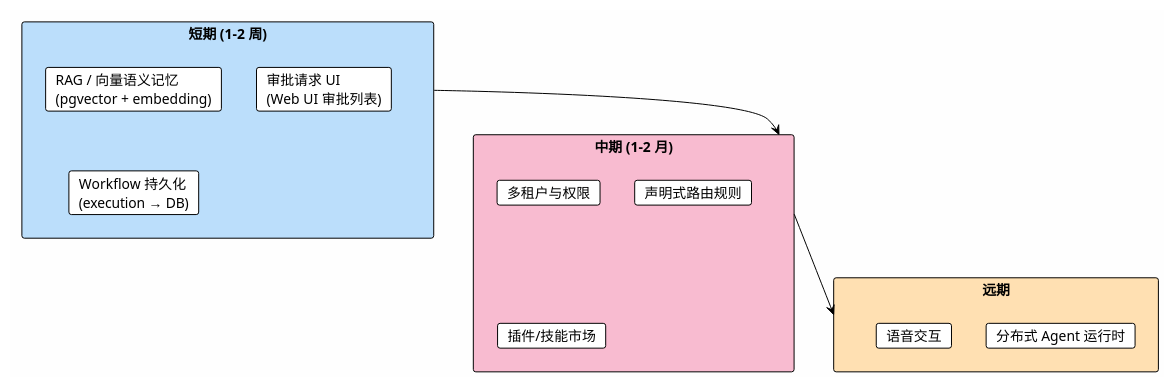
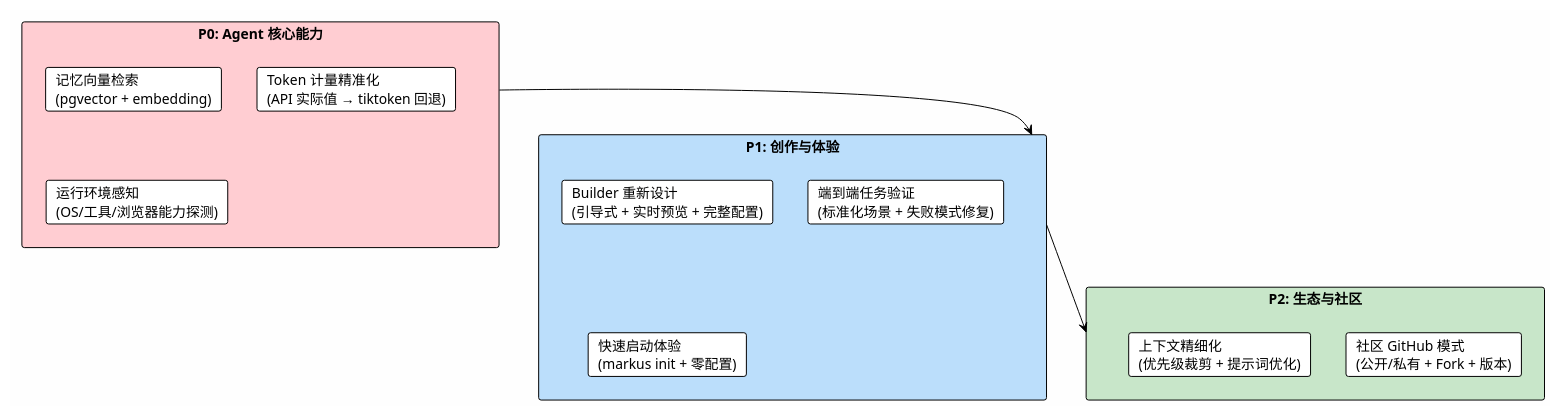
One commit to markus-global/markus changed diagram 18 of 19 in docs/architecture-analysis.md. Above: the diagram before and after it, drawn with PlantUML. The commit also changed other lines of this file and 14 other files, not shown here.

````diff
--- a/docs/architecture-analysis.md
+++ b/docs/architecture-analysis.md
@@ -1351,27 +1383,27 @@
 ```plantuml
-@startuml future-roadmap
+@startuml revised-roadmap
 !theme plain
 skinparam backgroundColor #FEFEFE
 
-rectangle "短期 (1-2 周)" as Short #BBDEFB {
-  card "RAG / 向量语义记忆\n(pgvector + embedding)" as S1
-  card "审批请求 UI\n(Web UI 审批列表)" as S2
-  card "Workflow 持久化\n(execution → DB)" as S3
+rectangle "P0: Agent 核心能力" as P0 #FFCDD2 {
+  card "记忆向量检索\n(pgvector + embedding)" as P0a
+  card "Token 计量精准化\n(API 实际值 → tiktoken 回退)" as P0b
+  card "运行环境感知\n(OS/工具/浏览器能力探测)" as P0c
 }
 
-rectangle "中期 (1-2 月)" as Mid #F8BBD0 {
-  card "多租户与权限" as M1
-  card "声明式路由规则" as M2
-  card "插件/技能市场" as M3
+rectangle "P1: 创作与体验" as P1 #BBDEFB {
+  card "Builder 重新设计\n(引导式 + 实时预览 + 完整配置)" as P1a
+  card "端到端任务验证\n(标准化场景 + 失败模式修复)" as P1b
+  card "快速启动体验\n(markus init + 零配置)" as P1c
 }
 
-rectangle "远期" as Long #FFE0B2 {
-  card "分布式 Agent 运行时" as L1
-  card "语音交互" as L2
+rectangle "P2: 生态与社区" as P2 #C8E6C9 {
+  card "社区 GitHub 模式\n(公开/私有 + Fork + 版本)" as P2a
+  card "上下文精细化\n(优先级裁剪 + 提示词优化)" as P2b
 }
 
-Short --> Mid
-Mid --> Long
+P0 --> P1
+P1 --> P2
 
 @enduml
 ```
````
